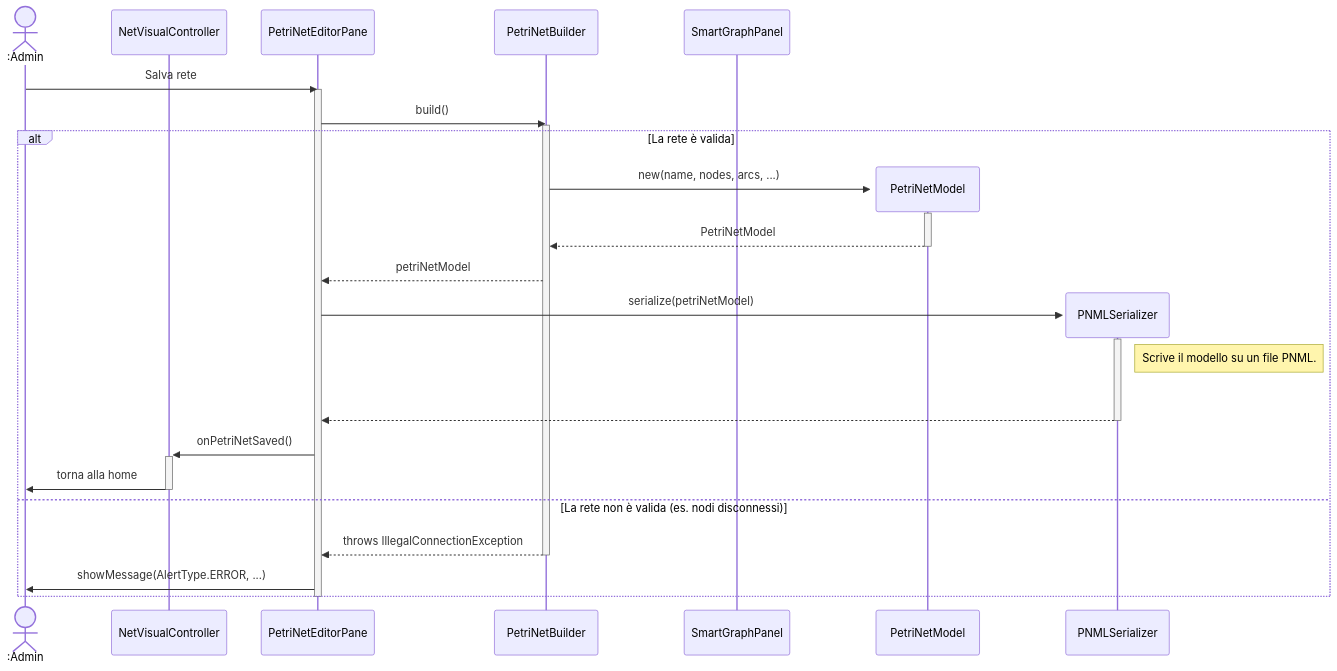
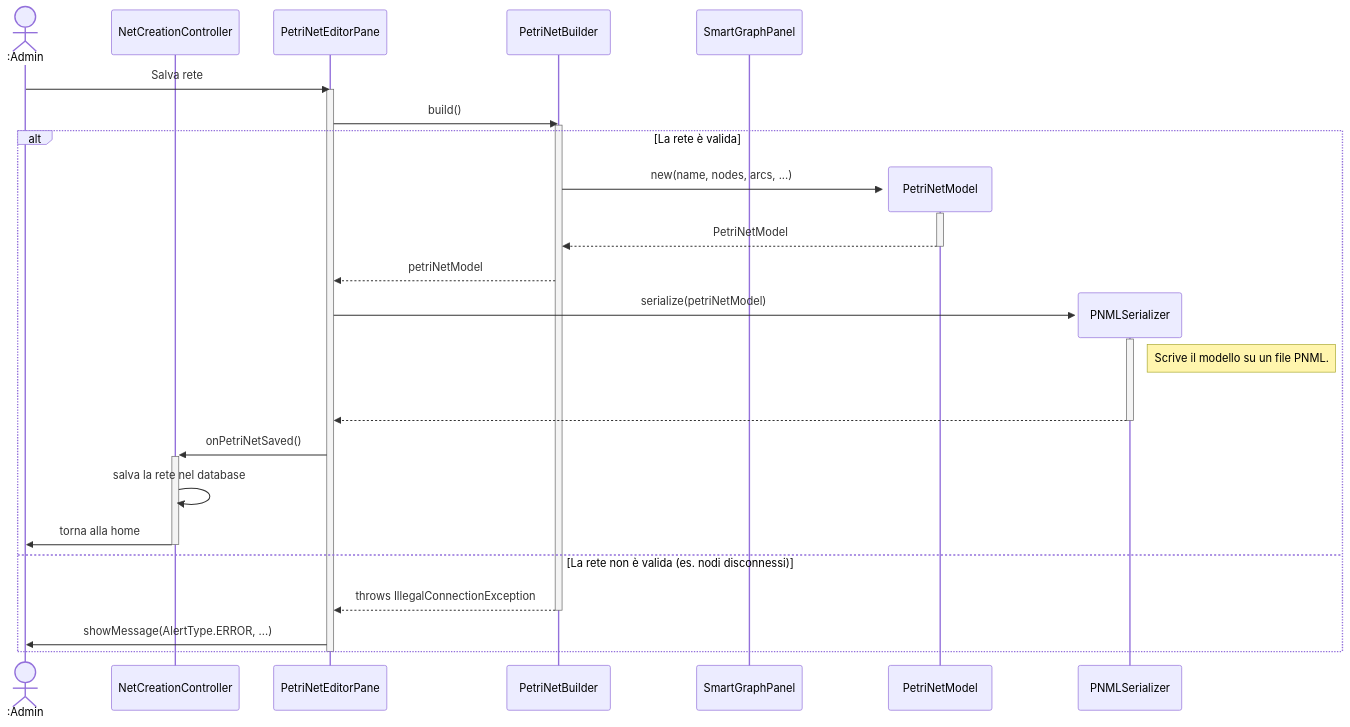
The diagram in docs/petri-net/sequence diagram/sequence_editor_onFinish.mmd (alessio-vivaldelli/PetriHub), drawn with Mermaid before and after one commit. The commit also changed 2 other files, not shown here.

Commit message:
implement file name validation and update sequence diagram participant name

```diff
--- a/docs/petri-net/sequence diagram/sequence_editor_onFinish.mmd
+++ b/docs/petri-net/sequence diagram/sequence_editor_onFinish.mmd
@@ -1,42 +1,43 @@
 sequenceDiagram
     actor Admin as :Admin
-    participant Controller as NetVisualController
+    participant Controller as NetCreationController
 
     participant EditorPane as PetriNetEditorPane
     participant Builder as PetriNetBuilder
     participant GraphView as SmartGraphPanel
     participant EditorPane as PetriNetEditorPane
     participant Builder as PetriNetBuilder
 
     Admin->>EditorPane: Salva rete
     activate EditorPane
 
     EditorPane->>Builder: build()
     activate Builder
 
 
     alt La rete è valida
         create participant Model as PetriNetModel
 
         Builder->>+Model: new(name, nodes, arcs, ...)
         Model-->>-Builder: PetriNetModel
         Builder-->>EditorPane: petriNetModel
 
         create participant Serializer as PNMLSerializer
         EditorPane->>Serializer: serialize(petriNetModel)
         activate Serializer
         Note right of Serializer: Scrive il modello su un file PNML.
         Serializer-->>EditorPane: <br>
         deactivate Serializer
         EditorPane->>+Controller: onPetriNetSaved()
+        Controller->>Controller: salva la rete nel database
         Controller->>-Admin: torna alla home
 
     else La rete non è valida (es. nodi disconnessi)
         Builder-->>-EditorPane: throws IllegalConnectionException
         EditorPane->>Admin: showMessage(AlertType.ERROR, ...)
         destroy Model
         destroy Serializer
 
     end
 
     deactivate EditorPane
```
